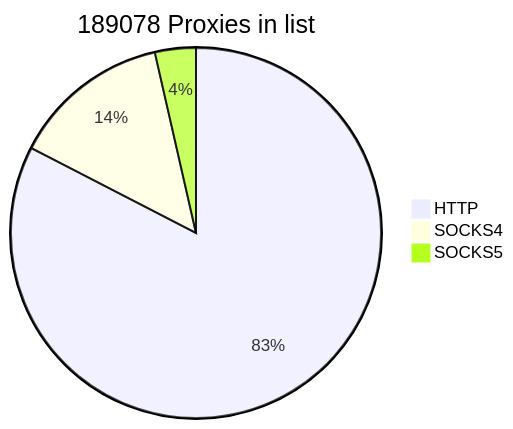
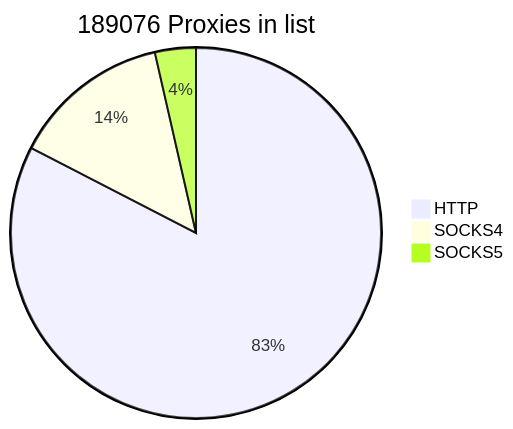
Before and after one commit to cutipu/proxylist: the first of 2 diagrams in README.md, drawn with Mermaid. The commit also changed other lines of this file, not shown here.

````diff
--- a/README.md
+++ b/README.md
@@ -9,7 +9,7 @@
 ```mermaid
-pie title 189078 Proxies in list
-    "HTTP" : 156135
+pie title 189076 Proxies in list
+    "HTTP" : 156133
     "SOCKS4" : 26196
     "SOCKS5" : 6747
             
 ```
````
